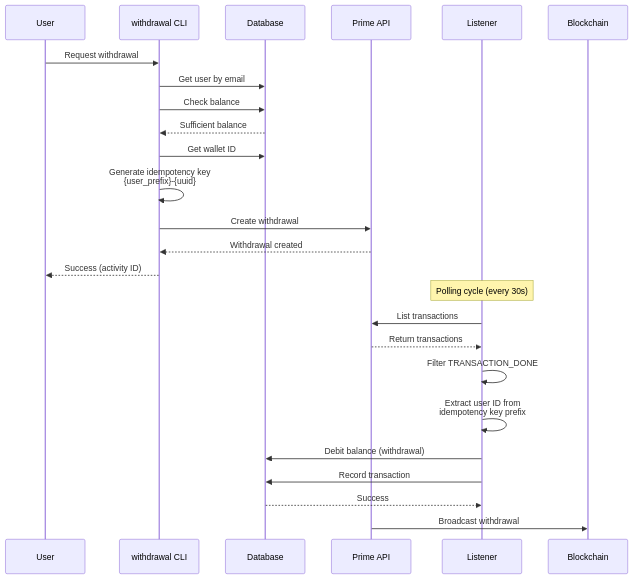
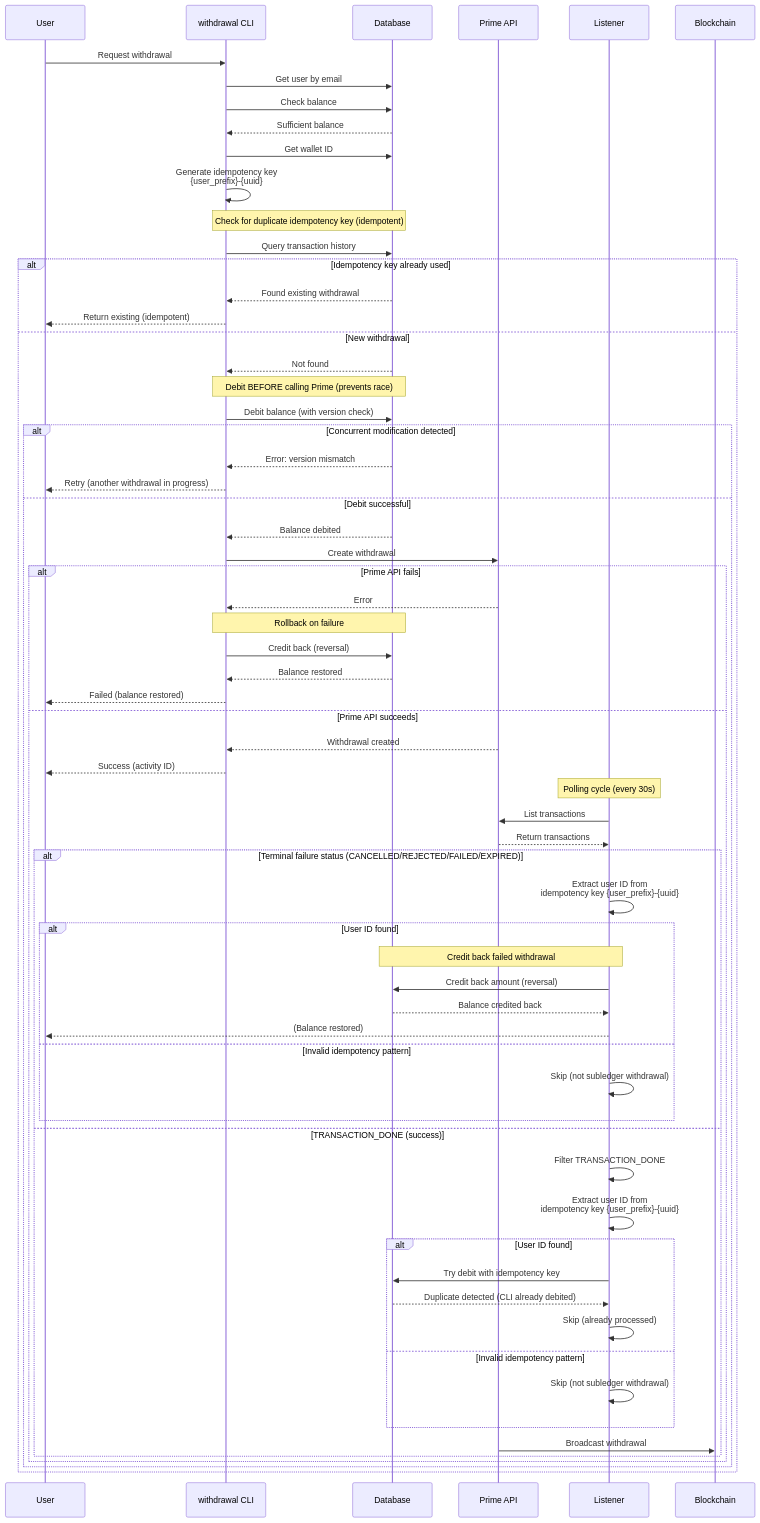
The third of 4 diagrams in ARCHITECTURE.md (coinbase-samples/prime-send-receive-go), drawn with Mermaid before and after one commit. The commit also changed 4 other files, not shown here.

````diff
--- a/ARCHITECTURE.md
+++ b/ARCHITECTURE.md
@@ -75,30 +75,74 @@
 ```mermaid
 sequenceDiagram
     participant User
     participant Withdrawal as withdrawal CLI
     participant DB as Database
     participant Prime as Prime API
     participant Listener
     participant Blockchain
 
     User->>Withdrawal: Request withdrawal
     Withdrawal->>DB: Get user by email
     Withdrawal->>DB: Check balance
     DB-->>Withdrawal: Sufficient balance
     Withdrawal->>DB: Get wallet ID
     Withdrawal->>Withdrawal: Generate idempotency key<br/>{user_prefix}-{uuid}
-    Withdrawal->>Prime: Create withdrawal
-    Prime-->>Withdrawal: Withdrawal created
-    Withdrawal-->>User: Success (activity ID)
 
-    Note over Listener: Polling cycle (every 30s)
-    Listener->>Prime: List transactions
-    Prime-->>Listener: Return transactions
-    Listener->>Listener: Filter TRANSACTION_DONE
-    Listener->>Listener: Extract user ID from<br/>idempotency key prefix
-    Listener->>DB: Debit balance (withdrawal)
-    Listener->>DB: Record transaction
-    DB-->>Listener: Success
+    Note over Withdrawal,DB: Check for duplicate idempotency key (idempotent)
+    Withdrawal->>DB: Query transaction history
+    alt Idempotency key already used
+        DB-->>Withdrawal: Found existing withdrawal
+        Withdrawal-->>User: Return existing (idempotent)
+    else New withdrawal
+        DB-->>Withdrawal: Not found
 
-    Prime->>Blockchain: Broadcast withdrawal
+        Note over Withdrawal,DB: Debit BEFORE calling Prime (prevents race)
+        Withdrawal->>DB: Debit balance (with version check)
+        alt Concurrent modification detected
+            DB-->>Withdrawal: Error: version mismatch
+            Withdrawal-->>User: Retry (another withdrawal in progress)
+        else Debit successful
+            DB-->>Withdrawal: Balance debited
+
+            Withdrawal->>Prime: Create withdrawal
+            alt Prime API fails
+                Prime-->>Withdrawal: Error
+                Note over Withdrawal,DB: Rollback on failure
+                Withdrawal->>DB: Credit back (reversal)
+                DB-->>Withdrawal: Balance restored
+                Withdrawal-->>User: Failed (balance restored)
+            else Prime API succeeds
+                Prime-->>Withdrawal: Withdrawal created
+                Withdrawal-->>User: Success (activity ID)
+
+                Note over Listener: Polling cycle (every 30s)
+                Listener->>Prime: List transactions
+                Prime-->>Listener: Return transactions
+
+                alt Terminal failure status (CANCELLED/REJECTED/FAILED/EXPIRED)
+                    Listener->>Listener: Extract user ID from<br/>idempotency key {user_prefix}-{uuid}
+                    alt User ID found
+                        Note over Listener,DB: Credit back failed withdrawal
+                        Listener->>DB: Credit back amount (reversal)
+                        DB-->>Listener: Balance credited back
+                        Listener-->>User: (Balance restored)
+                    else Invalid idempotency pattern
+                        Listener->>Listener: Skip (not subledger withdrawal)
+                    end
+                else TRANSACTION_DONE (success)
+                    Listener->>Listener: Filter TRANSACTION_DONE
+                    Listener->>Listener: Extract user ID from<br/>idempotency key {user_prefix}-{uuid}
+                    alt User ID found
+                        Listener->>DB: Try debit with idempotency key
+                        DB-->>Listener: Duplicate detected (CLI already debited)
+                        Listener->>Listener: Skip (already processed)
+                    else Invalid idempotency pattern
+                        Listener->>Listener: Skip (not subledger withdrawal)
+                    end
+
+                    Prime->>Blockchain: Broadcast withdrawal
+                end
+            end
+        end
+    end
 ```
````
